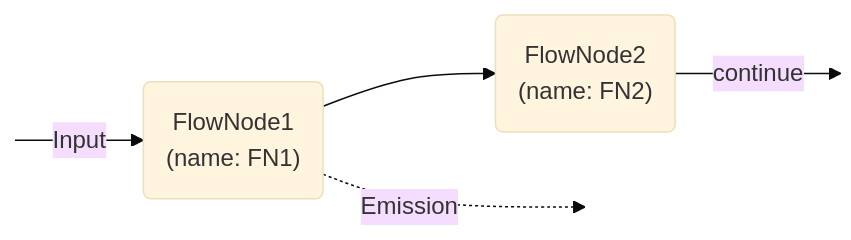
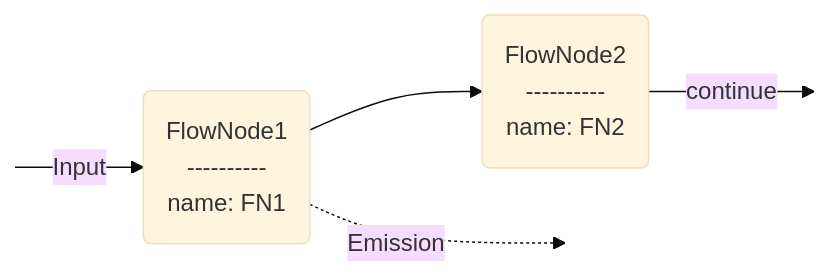
Before and after one commit to SeivenBell/oqd-core: the fifth of 8 diagrams in docs/compilation.md, drawn with Mermaid (base theme). The commit also changed other lines of this file and 1 other file, not shown here.

````diff
--- a/docs/compilation.md
+++ b/docs/compilation.md
@@ -70,10 +70,13 @@
     ```mermaid
     flowchart LR
+    
+    node1("FlowNode1<br/>----------<br/>name: FN1")
+    node2("FlowNode2<br/>----------<br/>name: FN2")
 
     
-    START:::hidden -- Input --> node1("FlowNode1<br/>(name: FN1)") --> node2("FlowNode2<br/>(name: FN2)") -- continue --> END:::hidden
+    START:::hidden -- Input --> node1 --> node2 -- continue --> END:::hidden
 
     node1 -. Emission .-> MID1:::hidden
 
     classDef hidden display: none;
     ```
````
